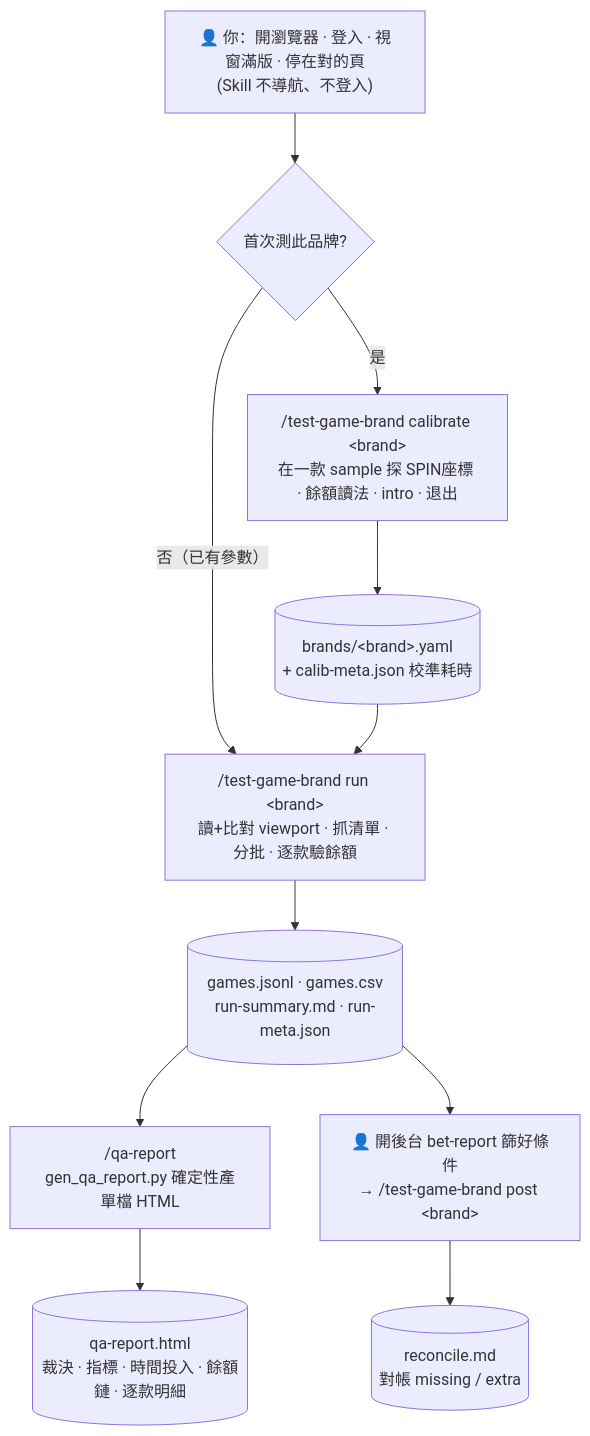
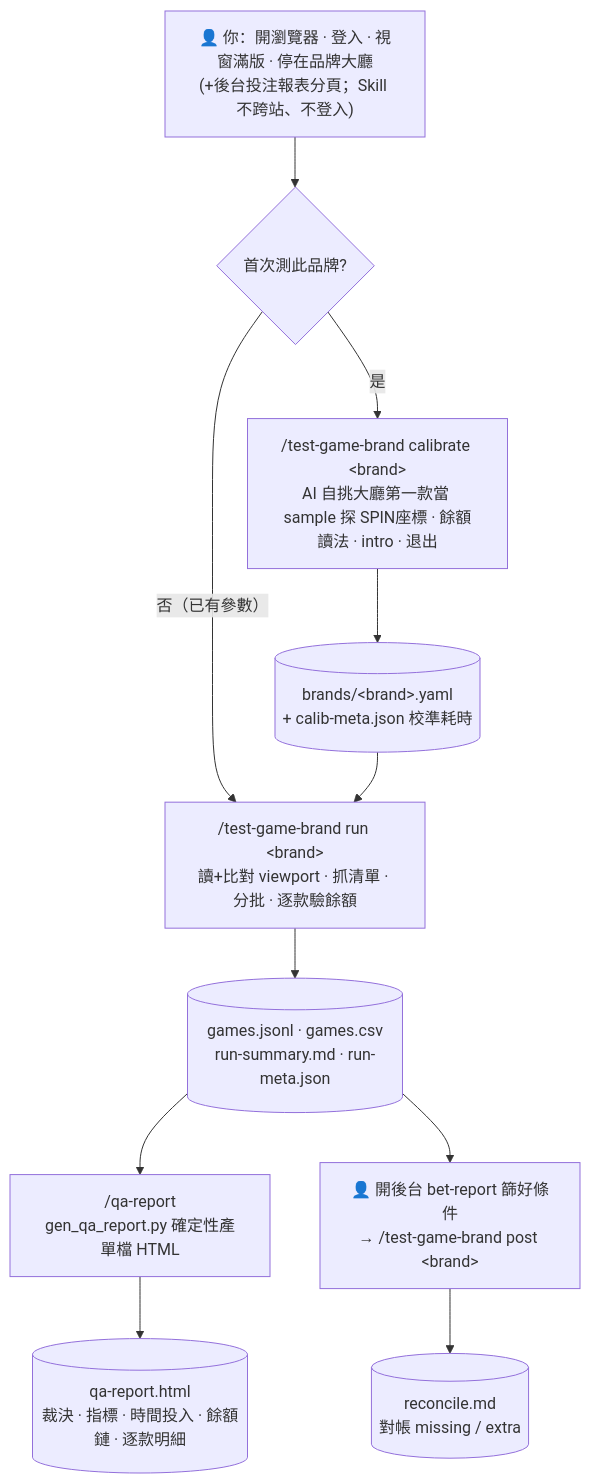
Before and after one commit to nohungry/casino-game-testing: the diagram in README.md, drawn with Mermaid. The commit also changed other lines of this file and 8 other files, not shown here.

````diff
--- a/README.md
+++ b/README.md
@@ -150,13 +150,13 @@
 ```mermaid
 flowchart TD
-    U["👤 你：開瀏覽器 · 登入 · 視窗滿版 · 停在對的頁<br/>(Skill 不導航、不登入)"] --> Q{"首次測此品牌?"}
-    Q -- "是" --> CAL["/test-game-brand calibrate &lt;brand&gt;<br/>在一款 sample 探 SPIN座標 · 餘額讀法 · intro · 退出"]
+    U["👤 你：開瀏覽器 · 登入 · 視窗滿版 · 停在品牌大廳<br/>(+後台投注報表分頁；Skill 不跨站、不登入)"] --> Q{"首次測此品牌?"}
+    Q -- "是" --> CAL["/test-game-brand calibrate &lt;brand&gt;<br/>AI 自挑大廳第一款當 sample 探 SPIN座標 · 餘額讀法 · intro · 退出"]
     CAL --> CY[("brands/&lt;brand&gt;.yaml<br/>+ calib-meta.json 校準耗時")]
     Q -- "否（已有參數）" --> RUN["/test-game-brand run &lt;brand&gt;<br/>讀+比對 viewport · 抓清單 · 分批 · 逐款驗餘額"]
     CY --> RUN
     RUN --> RY[("games.jsonl · games.csv<br/>run-summary.md · run-meta.json")]
     RY --> QA["/qa-report<br/>gen_qa_report.py 確定性產單檔 HTML"]
     QA --> QY[("qa-report.html<br/>裁決 · 指標 · 時間投入 · 餘額鏈 · 逐款明細")]
     RY --> POST["👤 開後台 bet-report 篩好條件<br/>→ /test-game-brand post &lt;brand&gt;"]
     POST --> PY[("reconcile.md<br/>對帳 missing / extra")]
 ```
````
